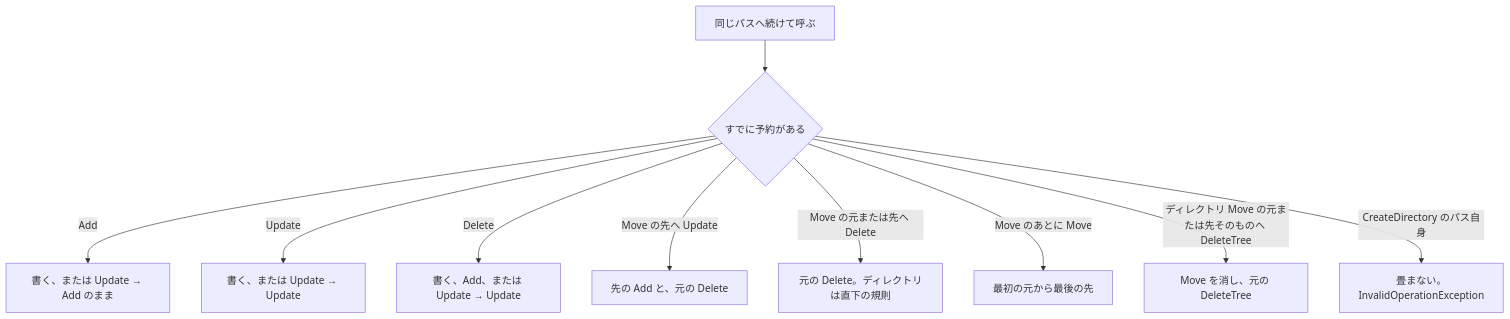
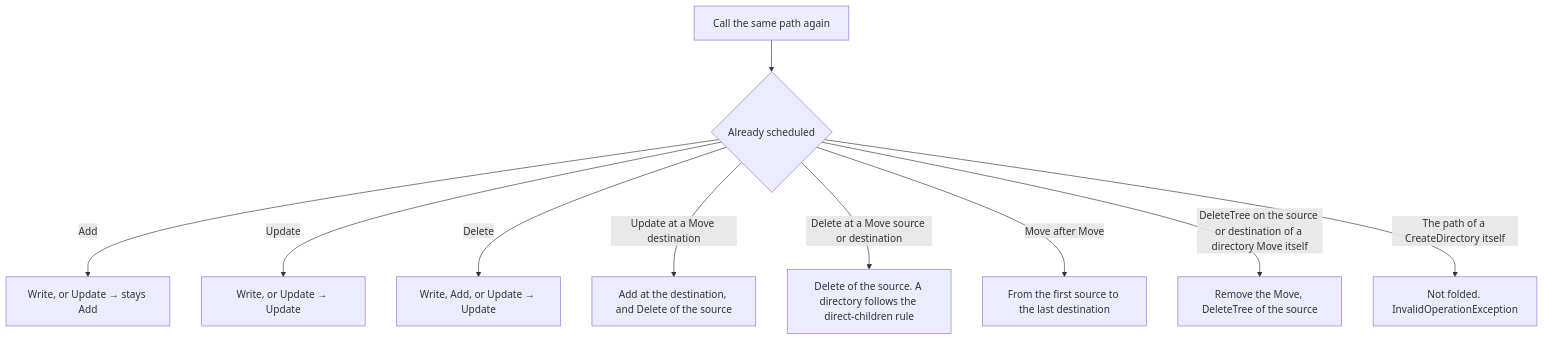
Before and after one commit to YUKIKEDA/Txfio: diagram 15 of 15 in README.md, drawn with Mermaid. The commit also changed other lines of this file and 218 other files, not shown here.

````diff
--- a/README.md
+++ b/README.md
@@ -490,12 +492,12 @@
 ```mermaid
 flowchart TD
-  again["同じパスへ続けて呼ぶ"] --> kind{"すでに予約がある"}
-  kind -->|Add| add["書く、または Update → Add のまま"]
-  kind -->|Update| upd["書く、または Update → Update"]
-  kind -->|Delete| del["書く、Add、または Update → Update"]
-  kind -->|Move の先へ Update| fold["先の Add と、元の Delete"]
-  kind -->|Move の元または先へ Delete| back["元の Delete。ディレクトリは直下の規則"]
-  kind -->|Move のあとに Move| chain["最初の元から最後の先"]
-  kind -->|ディレクトリ Move の元または先そのものへ DeleteTree| tree["Move を消し、元の DeleteTree"]
-  kind -->|CreateDirectory のパス自身| stop["畳まない。InvalidOperationException"]
+  again["Call the same path again"] --> kind{"Already scheduled"}
+  kind -->|Add| add["Write, or Update → stays Add"]
+  kind -->|Update| upd["Write, or Update → Update"]
+  kind -->|Delete| del["Write, Add, or Update → Update"]
+  kind -->|Update at a Move destination| fold["Add at the destination, and Delete of the source"]
+  kind -->|Delete at a Move source or destination| back["Delete of the source. A directory follows the direct-children rule"]
+  kind -->|Move after Move| chain["From the first source to the last destination"]
+  kind -->|DeleteTree on the source or destination of a directory Move itself| tree["Remove the Move, DeleteTree of the source"]
+  kind -->|The path of a CreateDirectory itself| stop["Not folded. InvalidOperationException"]
 ```
````
